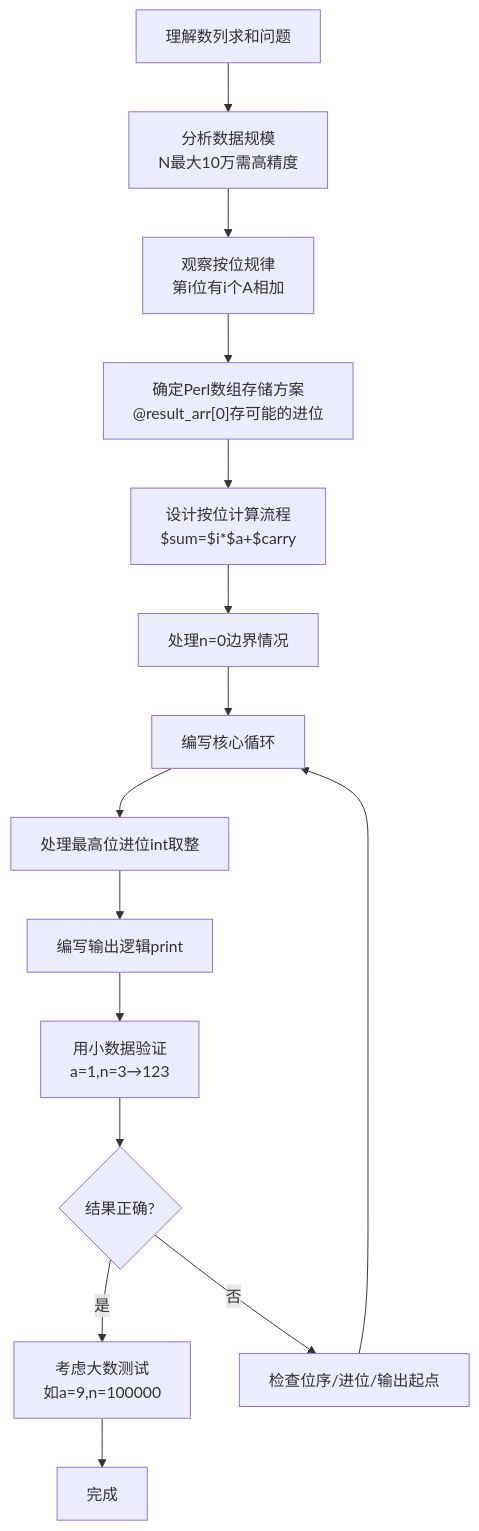
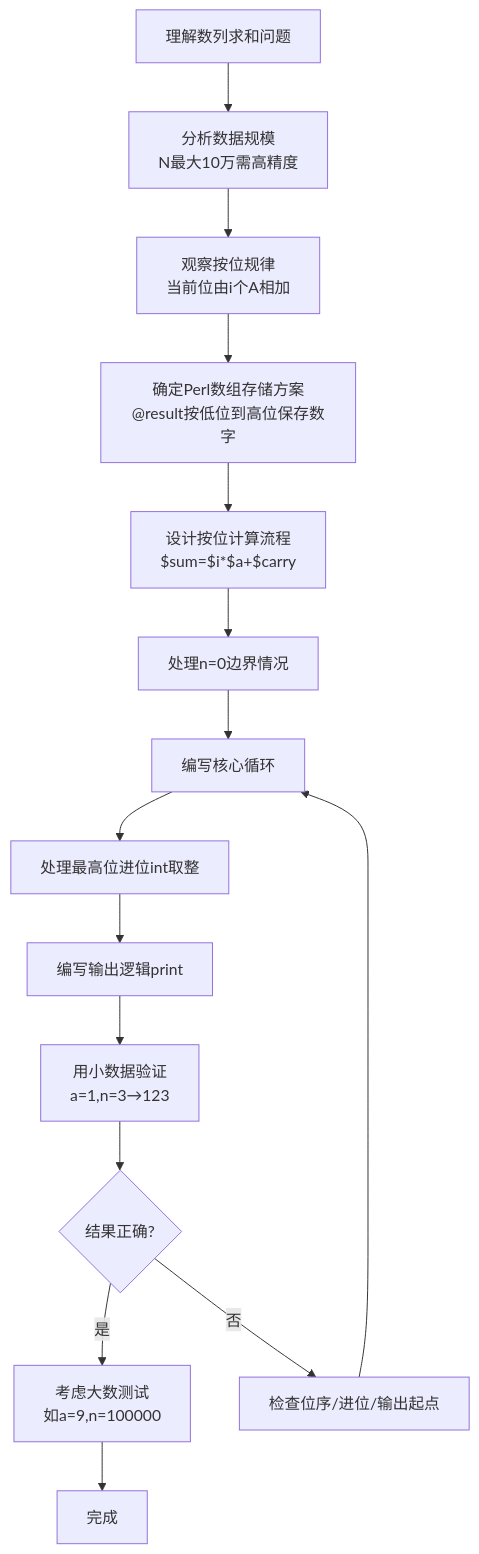
One commit to Zonkidd-Shao/pta_basic_program_article_by_perl changed the second of 2 diagrams in 编程题/PTA基础编程题目集 7-38数列求和-加强版（Perl语言实现）.md. Above: the diagram before and after it, drawn with Mermaid. The commit also changed other lines of this file and 50 other files, not shown here.

````diff
--- a/编程题/PTA基础编程题目集 7-38数列求和-加强版（Perl语言实现）.md
+++ b/编程题/PTA基础编程题目集 7-38数列求和-加强版（Perl语言实现）.md
@@ -101,17 +136,17 @@
 ```mermaid
 flowchart TD
     A["理解数列求和问题"] --> B["分析数据规模<br>N最大10万需高精度"]
-    B --> C["观察按位规律<br>第i位有i个A相加"]
-    C --> D["确定Perl数组存储方案<br>@result_arr[0]存可能的进位"]
+    B --> C["观察按位规律<br>当前位由i个A相加"]
+    C --> D["确定Perl数组存储方案<br>@result按低位到高位保存数字"]
     D --> E["设计按位计算流程<br>$sum=$i*$a+$carry"]
     E --> F["处理n=0边界情况"]
     F --> G["编写核心循环"]
     G --> H["处理最高位进位int取整"]
     H --> I["编写输出逻辑print"]
     I --> J["用小数据验证<br>a=1,n=3→123"]
     J --> K{"结果正确?"}
     K -->|是| L["考虑大数测试<br>如a=9,n=100000"]
     K -->|否| M["检查位序/进位/输出起点"]
     M --> G
     L --> N["完成"]
 ```
````
